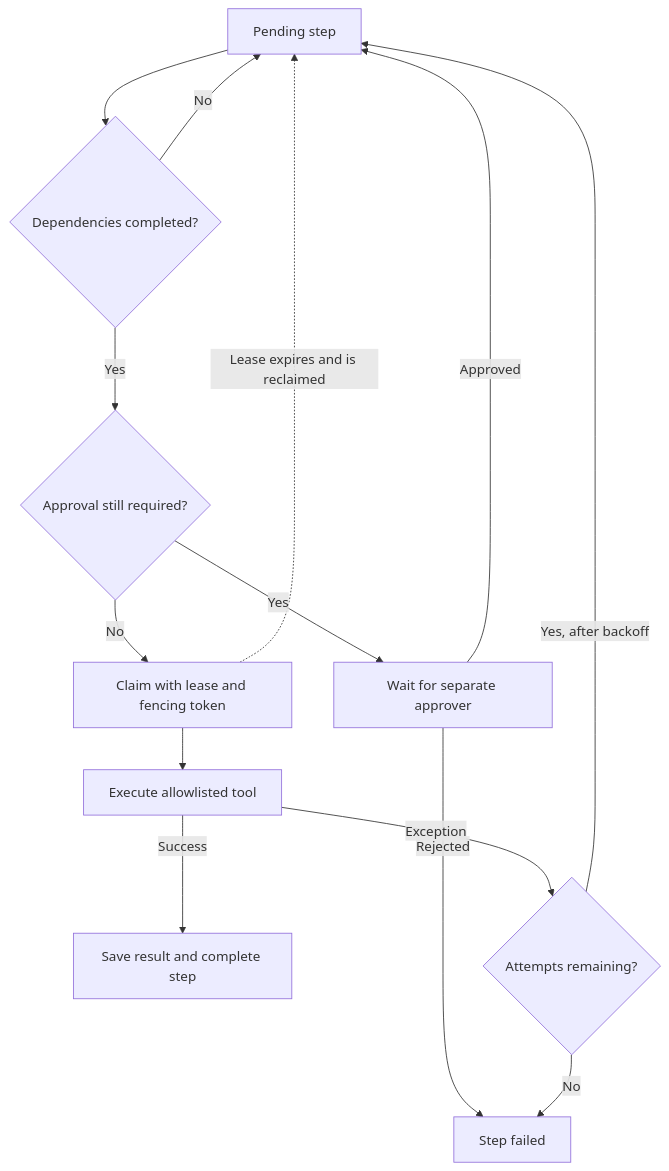
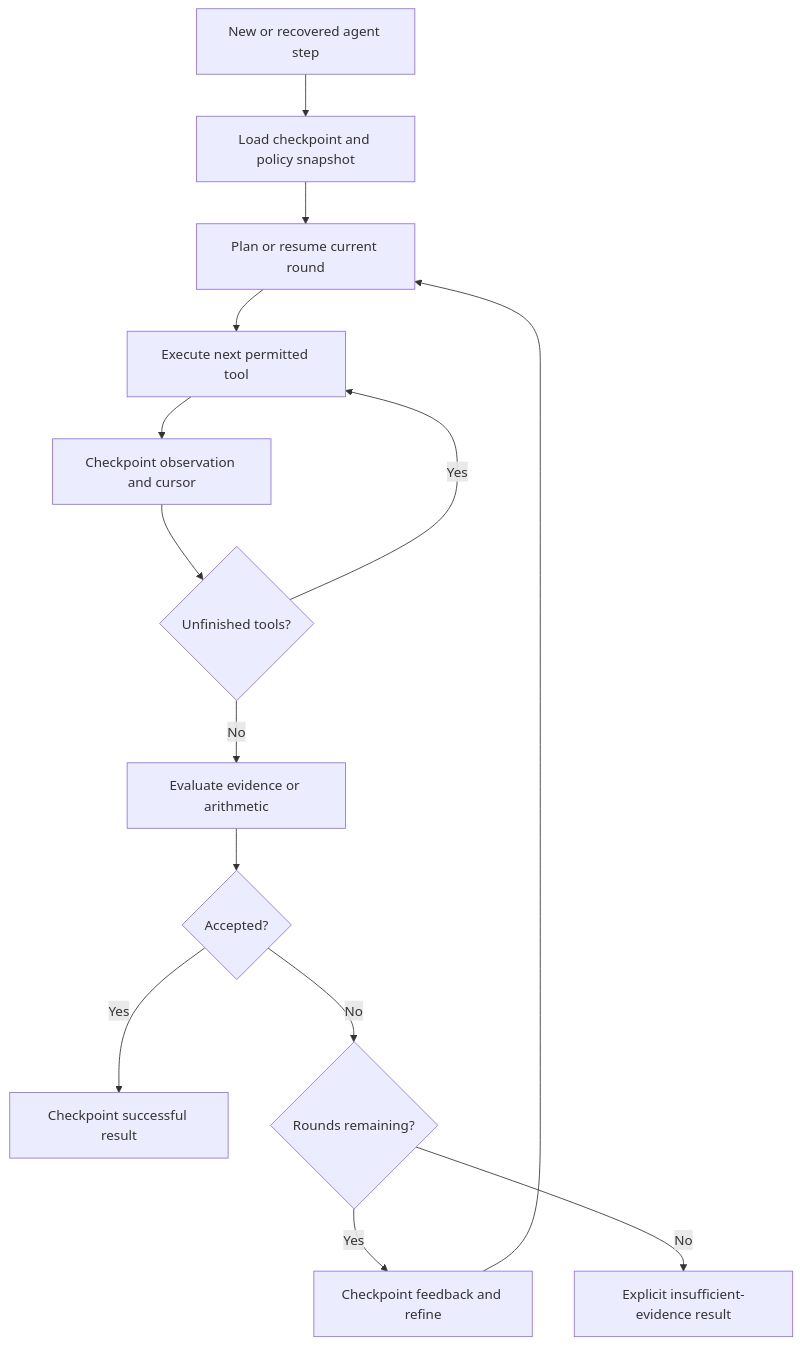
One commit to MasterLKH180cm/agentic-system changed the second of 3 diagrams in README.md. Above: the diagram before and after it, drawn with Mermaid. The commit also changed other lines of this file and 32 other files, not shown here.

````diff
--- a/README.md
+++ b/README.md
@@ -157,16 +160,16 @@
 ```mermaid
 flowchart TD
-    Pending["Pending step"] --> Dependencies{"Dependencies completed?"}
-    Dependencies -->|No| Pending
-    Dependencies -->|Yes| Approval{"Approval still required?"}
-    Approval -->|Yes| Waiting["Wait for separate approver"]
-    Waiting -->|Approved| Pending
-    Waiting -->|Rejected| Failed["Step failed"]
-    Approval -->|No| Leased["Claim with lease and fencing token"]
-    Leased --> Execute["Execute allowlisted tool"]
-    Execute -->|Success| Complete["Save result and complete step"]
-    Execute -->|Exception| Retry{"Attempts remaining?"}
-    Retry -->|Yes, after backoff| Pending
-    Retry -->|No| Failed
-    Leased -.->|Lease expires and is reclaimed| Pending
+    Start["New or recovered agent step"] --> Resume["Load checkpoint and policy snapshot"]
+    Resume --> Plan["Plan or resume current round"]
+    Plan --> Tool["Execute next permitted tool"]
+    Tool --> Save["Checkpoint observation and cursor"]
+    Save --> More{"Unfinished tools?"}
+    More -->|Yes| Tool
+    More -->|No| Evaluate["Evaluate evidence or arithmetic"]
+    Evaluate --> Accepted{"Accepted?"}
+    Accepted -->|Yes| Success["Checkpoint successful result"]
+    Accepted -->|No| Limit{"Rounds remaining?"}
+    Limit -->|Yes| Refine["Checkpoint feedback and refine"]
+    Refine --> Plan
+    Limit -->|No| Failed["Explicit insufficient-evidence result"]
 ```
````
